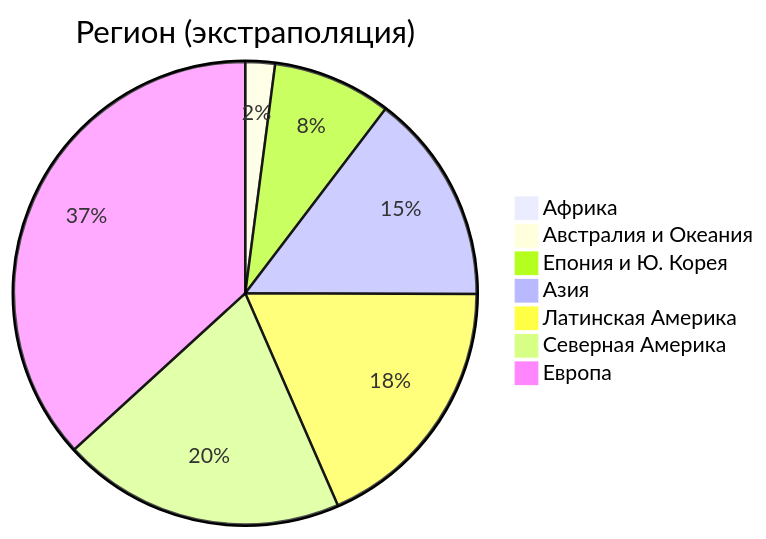
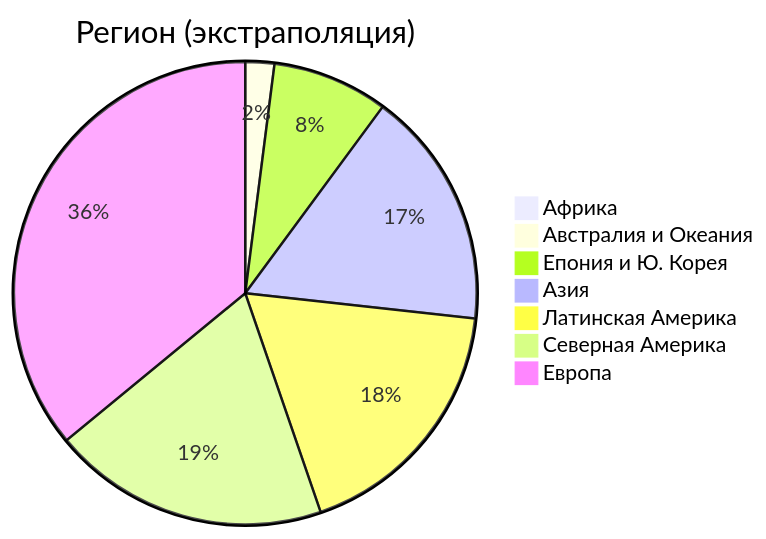
The second of 4 diagrams in README.md (DeDxYk594/highload-google-cloud), drawn with Mermaid before and after one commit. The commit also changed other lines of this file, not shown here.

````diff
--- a/README.md
+++ b/README.md
@@ -93,10 +93,10 @@
 ```mermaid
 pie title Регион (экстраполяция)
     "Африка" : 0
     "Австралия и Океания" : 45
     "Епония и Ю. Корея" : 180
-    "Азия" : 320
+    "Азия" : 370
     "Латинская Америка" : 400
     "Северная Америка" : 430
     "Европа" : 800
 ```
````
